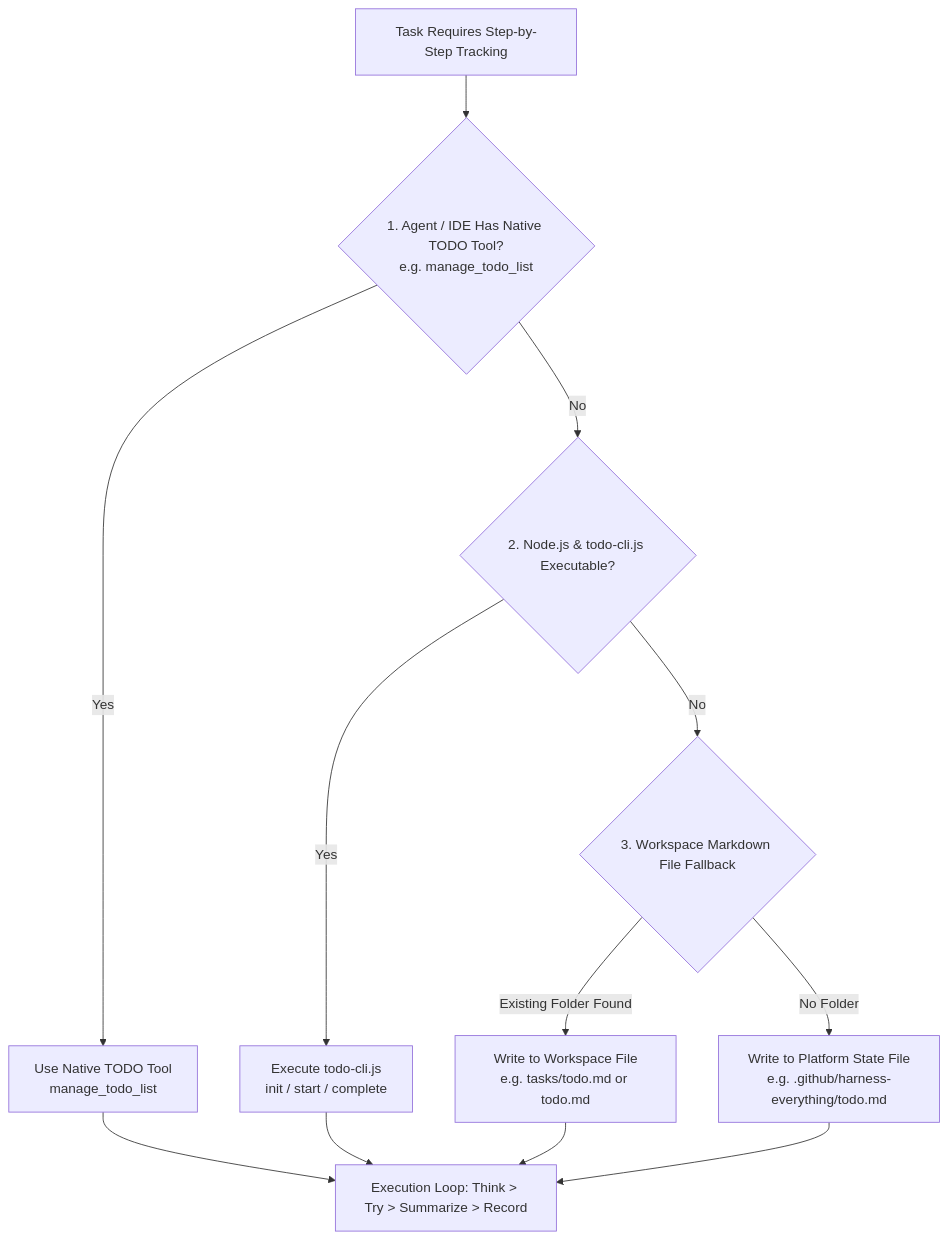
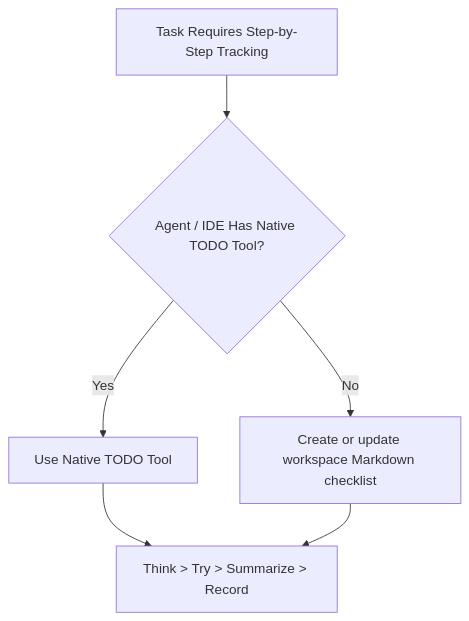
One commit to dyphn1/Harness-everything changed the diagram in todo-driven-workflow/references/execution-guide.md. Above: the diagram before and after it, drawn with Mermaid. The commit also changed other lines of this file and 61 other files, not shown here.

````diff
--- a/todo-driven-workflow/references/execution-guide.md
+++ b/todo-driven-workflow/references/execution-guide.md
@@ -5,18 +5,8 @@
 ```mermaid
 flowchart TD
-    Start[Task Requires Step-by-Step Tracking] --> CheckNativeTool{1. Agent / IDE Has Native TODO Tool?<br>e.g. manage_todo_list}
-    
-    CheckNativeTool -- Yes --> UseNative[Use Native TODO Tool<br>manage_todo_list]
-    CheckNativeTool -- No --> CheckScript{2. Node.js & todo-cli.js Executable?}
-    
-    CheckScript -- Yes --> UseScript[Execute todo-cli.js<br>init / start / complete]
-    CheckScript -- No --> FileFallback{3. Workspace Markdown File Fallback}
-    
-    FileFallback -- Existing Folder Found --> PathRepo[Write to Workspace File<br>e.g. tasks/todo.md or todo.md]
-    FileFallback -- No Folder --> PathPlatform[Write to Platform State File<br>e.g. .github/harness-everything/todo.md]
-    
-    UseNative --> Loop[Execution Loop: Think > Try > Summarize > Record]
-    UseScript --> Loop
-    PathRepo --> Loop
-    PathPlatform --> Loop
+    Start[Task Requires Step-by-Step Tracking] --> CheckNativeTool{Agent / IDE Has Native TODO Tool?}
+    CheckNativeTool -- Yes --> UseNative[Use Native TODO Tool]
+    CheckNativeTool -- No --> FileFallback[Create or update workspace Markdown checklist]
+    UseNative --> Loop[Think > Try > Summarize > Record]
+    FileFallback --> Loop
 ```
````
